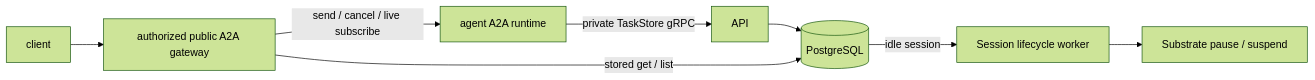
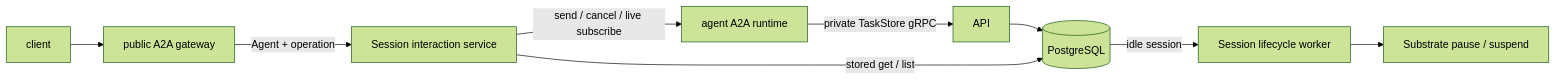
One commit to kagent-dev/kagent changed the diagram in docs/architecture/a2a-gateway.md. Above: the diagram before and after it, drawn with Mermaid (forest theme). The commit also changed other lines of this file and 12 other files, not shown here.

Commit message:
refactor: move A2A operations into the session service

````diff
--- a/docs/architecture/a2a-gateway.md
+++ b/docs/architecture/a2a-gateway.md
@@ -43,10 +45,11 @@
 ```mermaid
 flowchart LR
-    CLIENT[client] --> GATEWAY[authorized public A2A gateway]
-    GATEWAY -->|send / cancel / live subscribe| RUNTIME[agent A2A runtime]
+    CLIENT[client] --> GATEWAY[public A2A gateway]
+    GATEWAY -->|Agent + operation| INTERACTIONS[Session interaction service]
+    INTERACTIONS -->|send / cancel / live subscribe| RUNTIME[agent A2A runtime]
     RUNTIME -->|private TaskStore gRPC| API[API]
     API --> DB[(PostgreSQL)]
-    GATEWAY -->|stored get / list| DB
+    INTERACTIONS -->|stored get / list| DB
     DB -->|idle session| WORKER[Session lifecycle worker]
     WORKER --> SUBSTRATE[Substrate pause / suspend]
 ```
````
